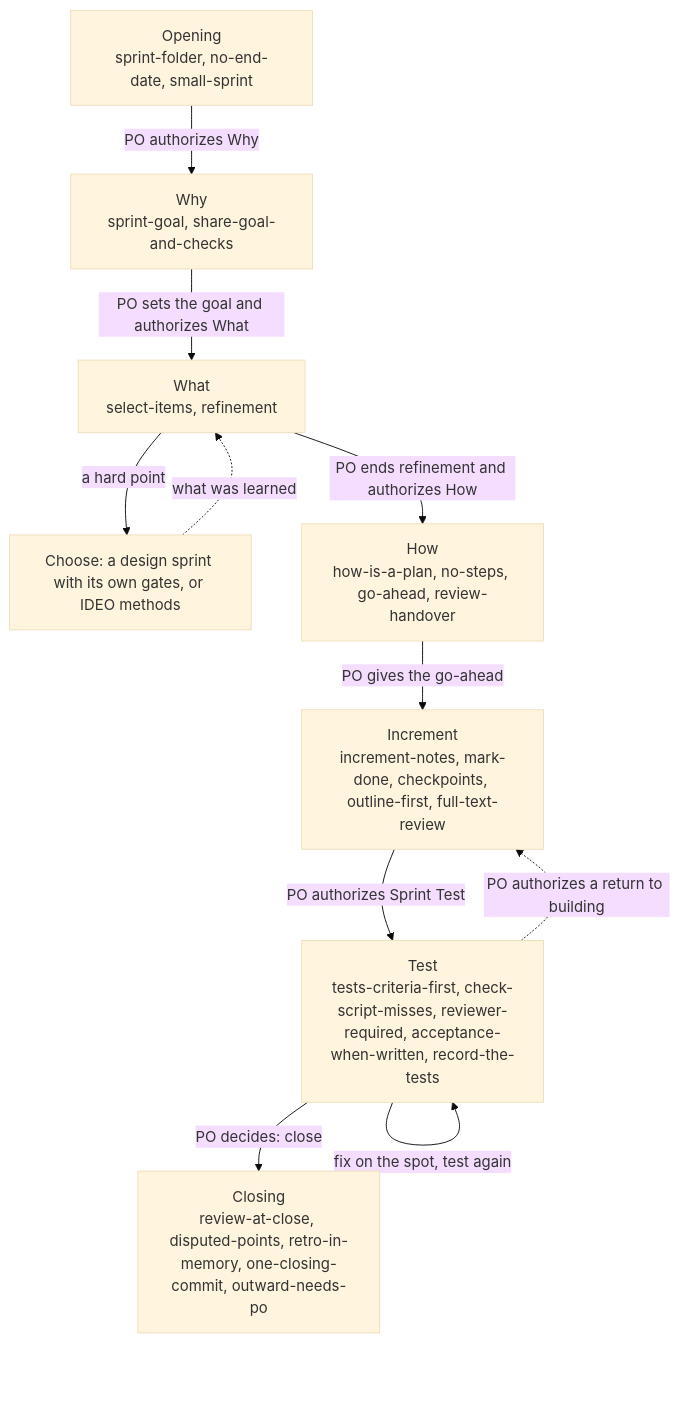
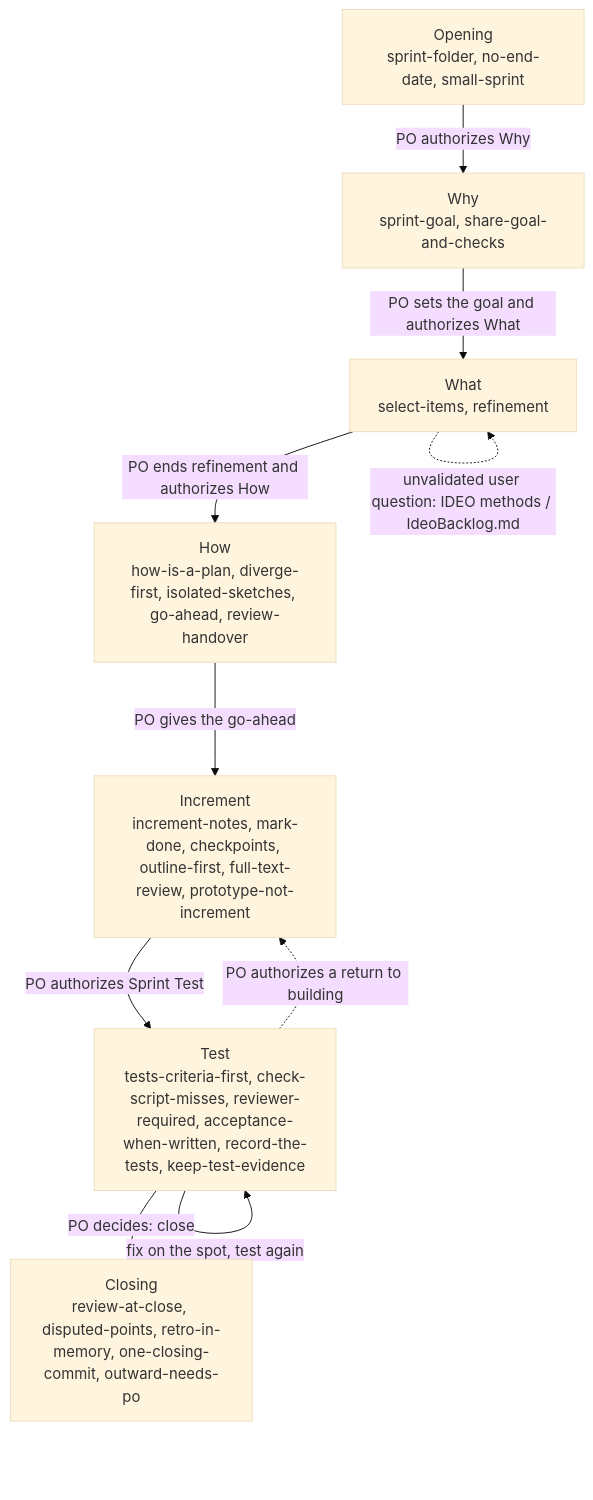
The third of 5 diagrams in plugins/ideo-scrum/skills/memory/details/flow-maps.md (seapawn1/IDEO-Scrum), drawn with Mermaid (base theme) before and after one commit. The commit also changed other lines of this file and 78 other files, not shown here.

First line of the commit message:
Sprint 28 施工 #1-#5：移除设计冲刺与 Designer、看板聚焦 Scrum、放开 Sprint How 方案计划

````diff
--- a/plugins/ideo-scrum/skills/memory/details/flow-maps.md
+++ b/plugins/ideo-scrum/skills/memory/details/flow-maps.md
@@ -56,13 +53,12 @@
 ```mermaid
 flowchart TD
     A["Opening<br/>sprint-folder, no-end-date, small-sprint"] -- "PO authorizes Why" --> W["Why<br/>sprint-goal, share-goal-and-checks"]
     W -- "PO sets the goal and authorizes What" --> H["What<br/>select-items, refinement"]
-    H -- "a hard point" --> D["Choose: a design sprint with its own gates, or IDEO methods"]
-    D -. "what was learned" .-> H
-    H -- "PO ends refinement and authorizes How" --> P["How<br/>how-is-a-plan, no-steps, go-ahead, review-handover"]
-    P -- "PO gives the go-ahead" --> I["Increment<br/>increment-notes, mark-done, checkpoints, outline-first, full-text-review"]
-    I -- "PO authorizes Sprint Test" --> T["Test<br/>tests-criteria-first, check-script-misses, reviewer-required, acceptance-when-written, record-the-tests"]
+    H -. "unvalidated user question: IDEO methods / IdeoBacklog.md" .-> H
+    H -- "PO ends refinement and authorizes How" --> P["How<br/>how-is-a-plan, diverge-first, isolated-sketches, go-ahead, review-handover"]
+    P -- "PO gives the go-ahead" --> I["Increment<br/>increment-notes, mark-done, checkpoints, outline-first, full-text-review, prototype-not-increment"]
+    I -- "PO authorizes Sprint Test" --> T["Test<br/>tests-criteria-first, check-script-misses, reviewer-required, acceptance-when-written, record-the-tests, keep-test-evidence"]
     T -- "fix on the spot, test again" --> T
     T -- "PO decides: close" --> C["Closing<br/>review-at-close, disputed-points, retro-in-memory, one-closing-commit, outward-needs-po"]
     T -. "PO authorizes a return to building" .-> I
 ```
````
